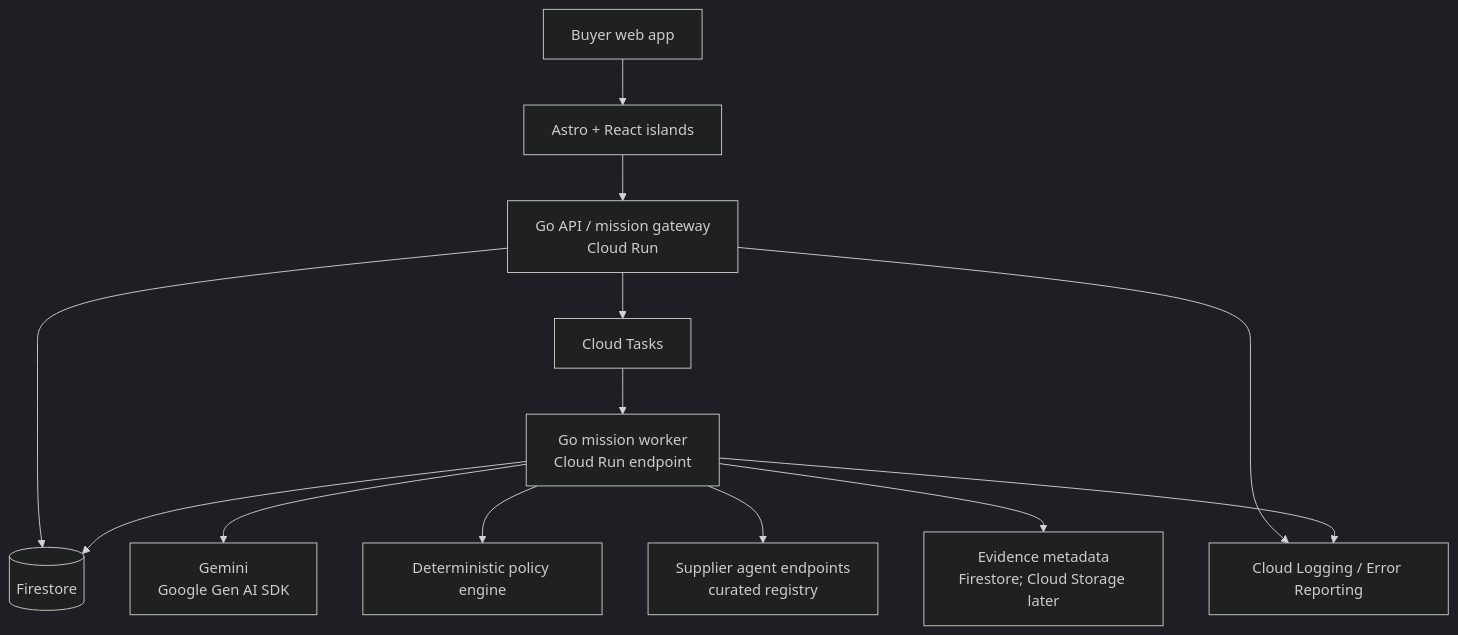
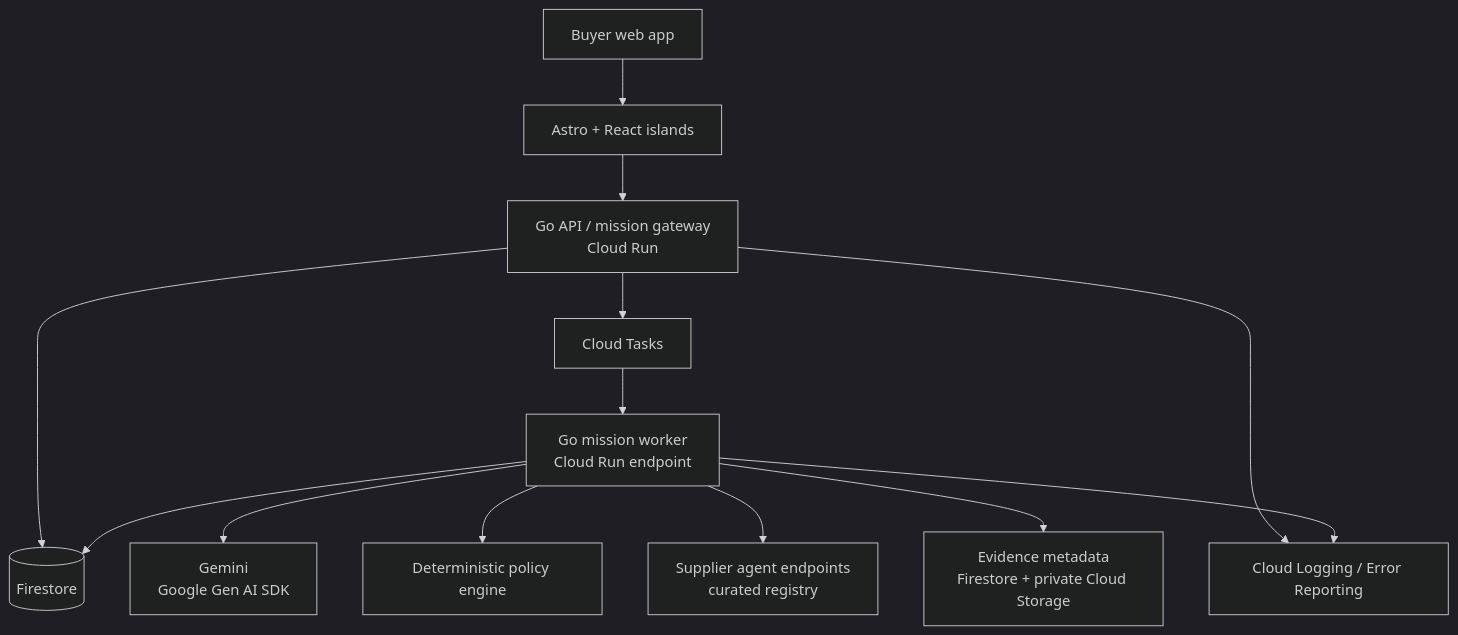
Before and after one commit to sneldao/yaler: the diagram in docs/ARCHITECTURE.md, drawn with Mermaid (dark theme). The commit also changed other lines of this file and 6 other files, not shown here.

````diff
--- a/docs/ARCHITECTURE.md
+++ b/docs/ARCHITECTURE.md
@@ -20,15 +20,15 @@
 ```mermaid
 flowchart TD
     U[Buyer web app] --> A[Astro + React islands]
     A --> G[Go API / mission gateway\nCloud Run]
     G --> F[(Firestore)]
     G --> Q[Cloud Tasks]
     Q --> W[Go mission worker\nCloud Run endpoint]
     W --> M[Gemini\nGoogle Gen AI SDK]
     W --> P[Deterministic policy engine]
     W --> F
     W --> S[Supplier agent endpoints\ncurated registry]
-    W --> C[Evidence metadata\nFirestore; Cloud Storage later]
+    W --> C[Evidence metadata\nFirestore + private Cloud Storage]
     G --> L[Cloud Logging / Error Reporting]
     W --> L
 ```
````
